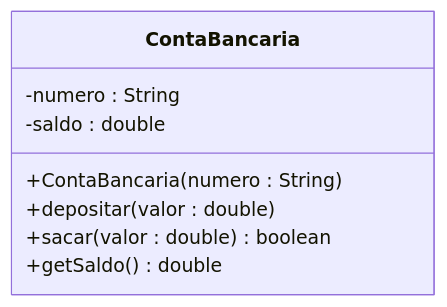
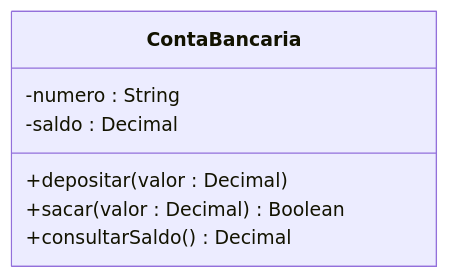
One commit to pedrotescaro/Stacklyst changed the diagram in content/enade/poo/poo-fundamentos.md. Above: the diagram before and after it, drawn with Mermaid. The commit also changed other lines of this file and 84 other files, not shown here.

Commit message:
feat(enade): redraw study library diagrams

````diff
--- a/content/enade/poo/poo-fundamentos.md
+++ b/content/enade/poo/poo-fundamentos.md
@@ -130,11 +130,11 @@
-```mermaid Classe e objetos criados a partir dela
+```mermaid Interface de uma conta bancária
 classDiagram
+  direction TB
   class ContaBancaria {
     -numero : String
-    -saldo : double
-    +ContaBancaria(numero : String)
-    +depositar(valor : double)
-    +sacar(valor : double) boolean
-    +getSaldo() double
+    -saldo : Decimal
+    +depositar(valor : Decimal)
+    +sacar(valor : Decimal) Boolean
+    +consultarSaldo() Decimal
   }
 ```
````
